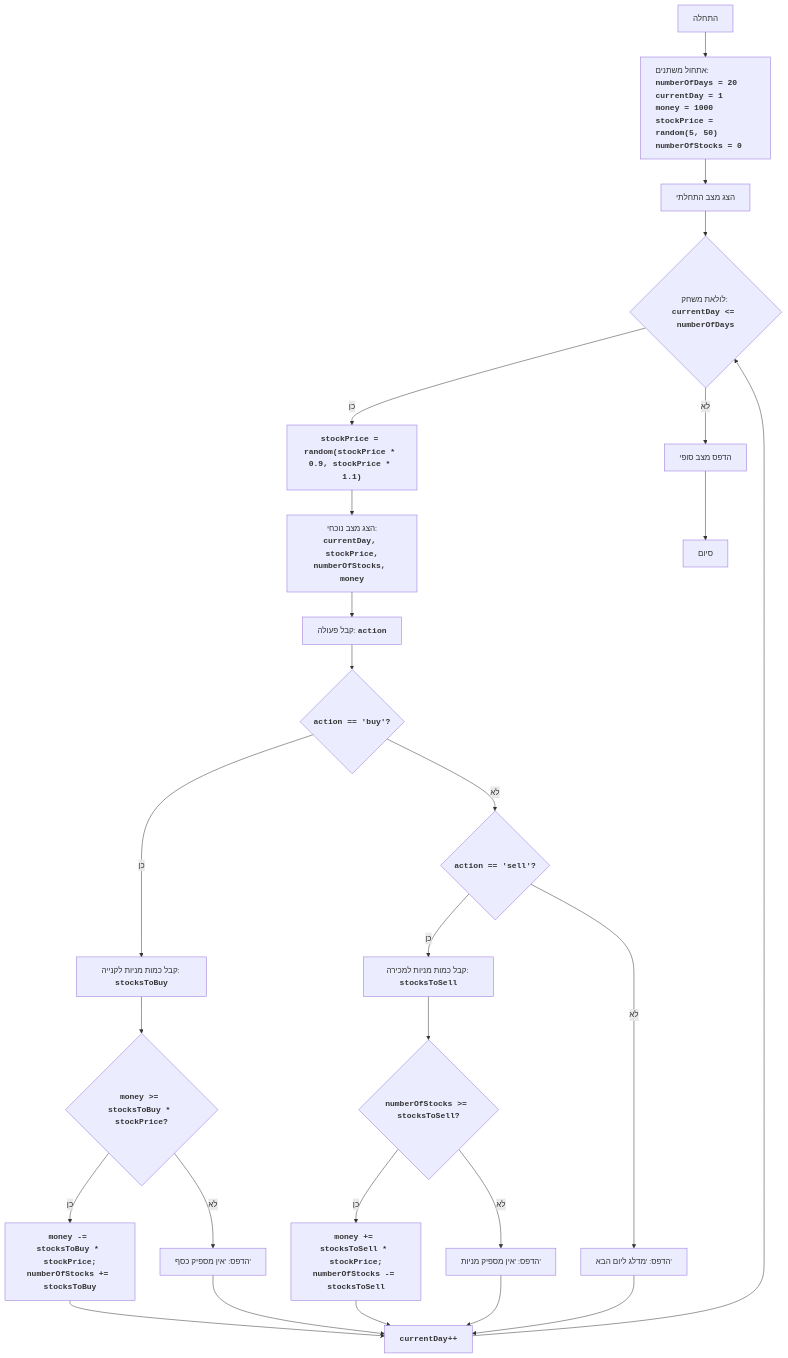
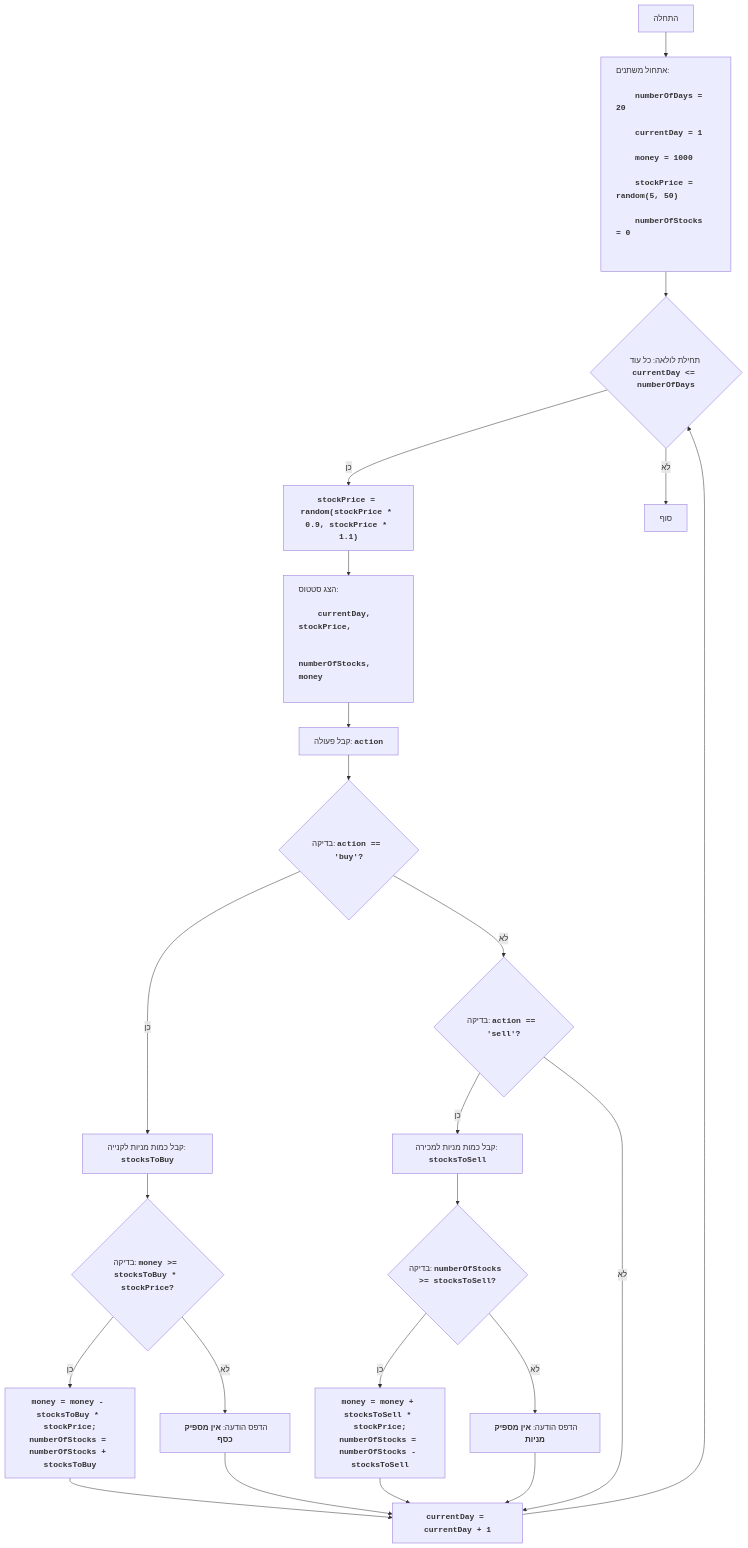
One commit to hypo69/hypo changed the diagram in docs/gemini/he/explainer/src/endpoints/ai_games/101_basic_computer_games/ru/GAMES/STOCK/stock.py.md. Above: the diagram before and after it, drawn with Mermaid. The commit also changed other lines of this file and 885 other files, not shown here.

````diff
--- a/docs/gemini/he/explainer/src/endpoints/ai_games/101_basic_computer_games/ru/GAMES/STOCK/stock.py.md
+++ b/docs/gemini/he/explainer/src/endpoints/ai_games/101_basic_computer_games/ru/GAMES/STOCK/stock.py.md
@@ -57,28 +59,36 @@
 ```mermaid
 flowchart TD
-    Start["התחלה"] --> InitializeVariables["<p align='left'>אתחול משתנים:<br><code><b>numberOfDays = 20<br>currentDay = 1<br>money = 1000<br>stockPrice = random(5, 50)<br>numberOfStocks = 0</b></code></p>"]
-    InitializeVariables --> PrintInitialStatus["הצג מצב התחלתי"]
-    PrintInitialStatus --> GameLoopStart{"לולאת משחק: <code><b>currentDay <= numberOfDays</b></code>"}
+    Start["התחלה"] --> InitializeVariables["<p align='left'>אתחול משתנים:
+    <code><b>
+    numberOfDays = 20<br>
+    currentDay = 1<br>
+    money = 1000<br>
+    stockPrice = random(5, 50)<br>
+    numberOfStocks = 0<br>
+    </b></code></p>"]
+    InitializeVariables --> GameLoopStart{"תחילת לולאה: כל עוד <code><b>currentDay <= numberOfDays</b></code>"}
     GameLoopStart -- כן --> UpdateStockPrice["<code><b>stockPrice = random(stockPrice * 0.9, stockPrice * 1.1)</b></code>"]
-    UpdateStockPrice --> DisplayStatus["הצג מצב נוכחי:<br><code><b>currentDay, stockPrice,<br>numberOfStocks, money</b></code>"]
-    DisplayStatus --> GetAction["קבל פעולה: <code><b>action</b></code>"]
-    GetAction --> CheckBuy{"<code><b>action == 'buy'?</b></code>"}
-    CheckBuy -- כן --> GetStocksToBuy["קבל כמות מניות לקנייה: <code><b>stocksToBuy</b></code>"]
-    GetStocksToBuy --> CheckMoney{"<code><b>money >= stocksToBuy * stockPrice?</b></code>"}
-    CheckMoney -- כן --> BuyStocks["<code><b>money -= stocksToBuy * stockPrice;<br>numberOfStocks += stocksToBuy</b></code>"]
-    BuyStocks --> IncrementDay["<code><b>currentDay++</b></code>"]
-    CheckMoney -- לא --> PrintNotEnoughMoney["הדפס: 'אין מספיק כסף'"]
-    PrintNotEnoughMoney --> IncrementDay
-    CheckBuy -- לא --> CheckSell{"<code><b>action == 'sell'?</b></code>"}
-     CheckSell -- כן --> GetStocksToSell["קבל כמות מניות למכירה: <code><b>stocksToSell</b></code>"]
-     GetStocksToSell --> CheckStocks{"<code><b>numberOfStocks >= stocksToSell?</b></code>"}
-    CheckStocks -- כן --> SellStocks["<code><b>money += stocksToSell * stockPrice;<br>numberOfStocks -= stocksToSell</b></code>"]
+    UpdateStockPrice --> DisplayStatus["<p align='left'>הצג סטטוס:
+    <code><b>
+    currentDay, stockPrice,<br>
+     numberOfStocks, money
+    </b></code></p>"]
+    DisplayStatus --> InputAction["קבל פעולה: <code><b>action</b></code>"]
+    InputAction --> CheckAction{"בדיקה: <code><b>action == 'buy'?</b></code>"}
+    CheckAction -- כן --> InputBuyStocks["קבל כמות מניות לקנייה: <code><b>stocksToBuy</b></code>"]
+    InputBuyStocks --> CheckMoney{"בדיקה: <code><b>money >= stocksToBuy * stockPrice?</b></code>"}
+    CheckMoney -- כן --> BuyStocks["<code><b>money = money - stocksToBuy * stockPrice;<br>numberOfStocks = numberOfStocks + stocksToBuy</b></code>"]
+    BuyStocks --> IncrementDay["<code><b>currentDay = currentDay + 1</b></code>"]
+    IncrementDay --> GameLoopStart
+    CheckMoney -- לא --> OutputNotEnoughMoney["הדפס הודעה: <b>אין מספיק כסף</b>"]
+    OutputNotEnoughMoney --> IncrementDay
+    CheckAction -- לא --> CheckSell{"בדיקה: <code><b>action == 'sell'?</b></code>"}
+    CheckSell -- כן --> InputSellStocks["קבל כמות מניות למכירה: <code><b>stocksToSell</b></code>"]
+     InputSellStocks --> CheckStocks{"בדיקה: <code><b>numberOfStocks >= stocksToSell?</b></code>"}
+    CheckStocks -- כן --> SellStocks["<code><b>money = money + stocksToSell * stockPrice;<br>numberOfStocks = numberOfStocks - stocksToSell</b></code>"]
     SellStocks --> IncrementDay
-    CheckStocks -- לא --> PrintNotEnoughStocks["הדפס: 'אין מספיק מניות'"]
-    PrintNotEnoughStocks --> IncrementDay
-    CheckSell -- לא --> PrintSkipDay["הדפס: 'מדלג ליום הבא'"]
-    PrintSkipDay --> IncrementDay
-    IncrementDay --> GameLoopStart
-    GameLoopStart -- לא --> EndGame["הדפס מצב סופי"]
-    EndGame --> End["סיום"]
+    CheckStocks -- לא --> OutputNotEnoughStocks["הדפס הודעה: <b>אין מספיק מניות</b>"]
+    OutputNotEnoughStocks --> IncrementDay
+   CheckSell -- לא -->  IncrementDay
+   GameLoopStart -- לא --> End["סוף"]
 ```
````
